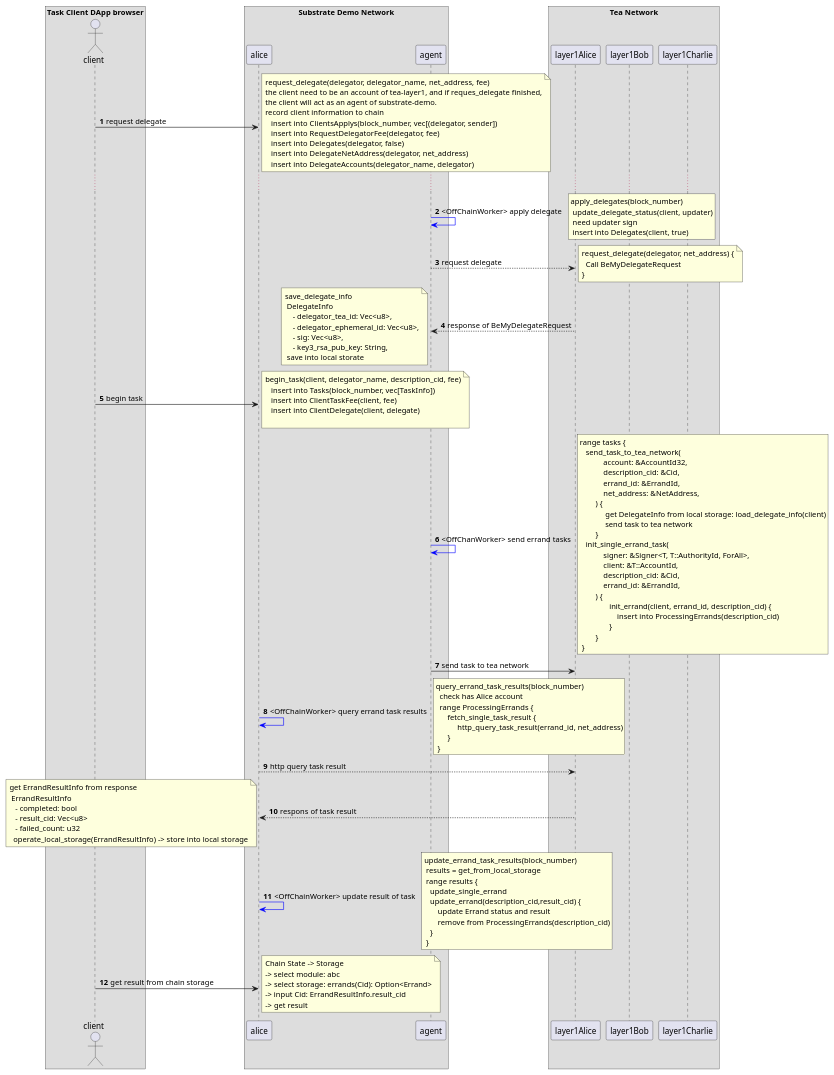
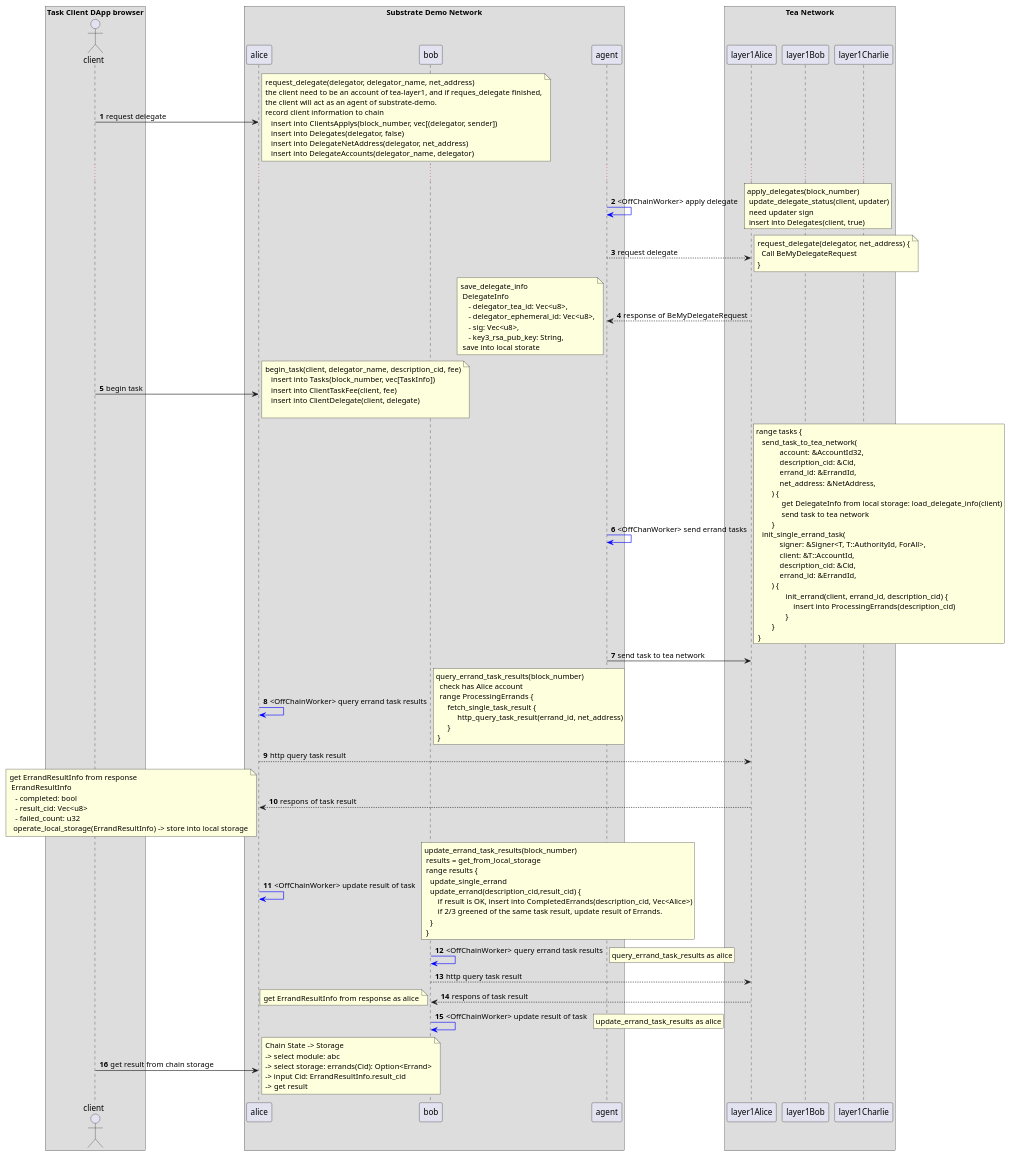
Before and after one commit to tearust/tea-docs: the diagram in Try_the_demo/Run_task_on_other_blockchain_sequence.md, drawn with PlantUML. The commit also changed 2 other files, not shown here.

Commit message:
remove fee of request_delegate

```diff
--- a/Try_the_demo/Run_task_on_other_blockchain_sequence.md
+++ b/Try_the_demo/Run_task_on_other_blockchain_sequence.md
@@ -8,6 +8,7 @@
 
 box Substrate Demo Network 
 participant alice
+participant bob
 participant agent
 end box
 
@@ -19,12 +20,11 @@
 
 client->alice: request delegate
 note right
-request_delegate(delegator, delegator_name, net_address, fee)
+request_delegate(delegator, delegator_name, net_address)
 the client need to be an account of tea-layer1, and if reques_delegate finished,
 the client will act as an agent of substrate-demo.
 record client information to chain
    insert into ClientsApplys(block_number, vec[(delegator, sender])
-   insert into RequestDelegatorFee(delegator, fee)
    insert into Delegates(delegator, false)
    insert into DelegateNetAddress(delegator, net_address)
    insert into DelegateAccounts(delegator_name, delegator)
@@ -123,10 +123,26 @@
  range results {
    update_single_errand
    update_errand(description_cid,result_cid) {
-       update Errand status and result
-       remove from ProcessingErrands(description_cid)
+       if result is OK, insert into CompletedErrands(description_cid, Vec<Alice>)
+       if 2/3 greened of the same task result, update result of Errands. 
    }
  }
+end note
+
+bob-[#blue]>bob:<OffChainWorker> query errand task results
+rnote right
+query_errand_task_results as alice
+end note
+
+bob-->layer1Alice: http query task result
+layer1Alice-->bob: respons of task result
+note left
+get ErrandResultInfo from response as alice
+end note
+
+bob-[#blue]>bob:<OffChainWorker> update result of task
+rnote right
+update_errand_task_results as alice
 end note
 
 client->alice: get result from chain storage
```
